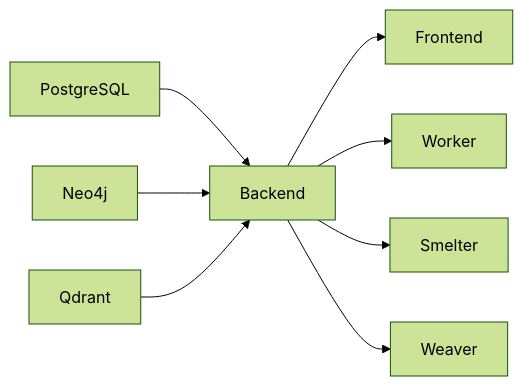
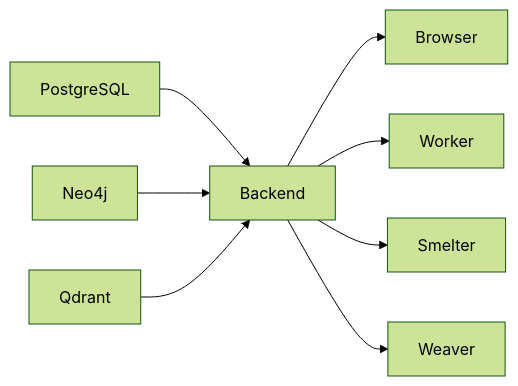
Before and after one commit to The-AI-Alliance/semiont: the diagram in docs/system/services/OVERVIEW.md, drawn with Mermaid (forest theme). The commit also changed other lines of this file and 136 other files, not shown here.

````diff
--- a/docs/system/services/OVERVIEW.md
+++ b/docs/system/services/OVERVIEW.md
@@ -147,10 +147,10 @@
 ```mermaid
 graph LR
     DB[PostgreSQL] --> BE[Backend]
     GRAPH[Neo4j] --> BE
     VECTORS[Qdrant] --> BE
-    BE --> FE[Frontend]
+    BE --> FE[Browser]
     BE --> W[Worker]
     BE --> SM[Smelter]
     BE --> WV[Weaver]
 ```
````
